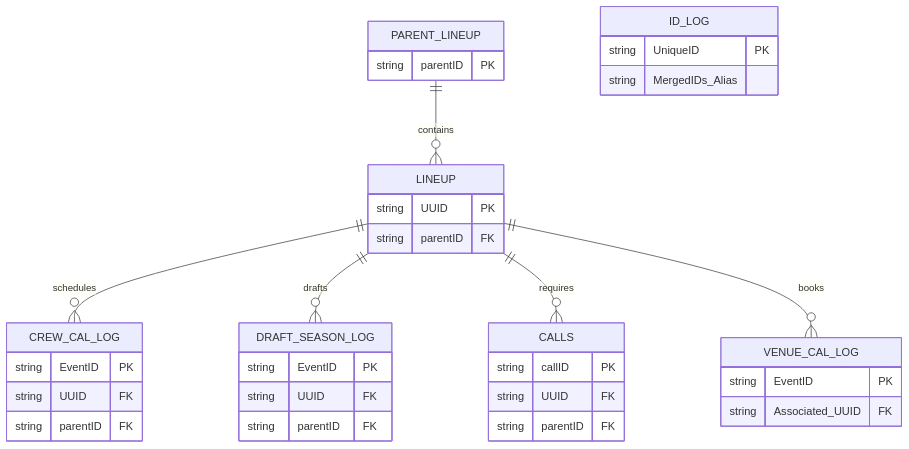
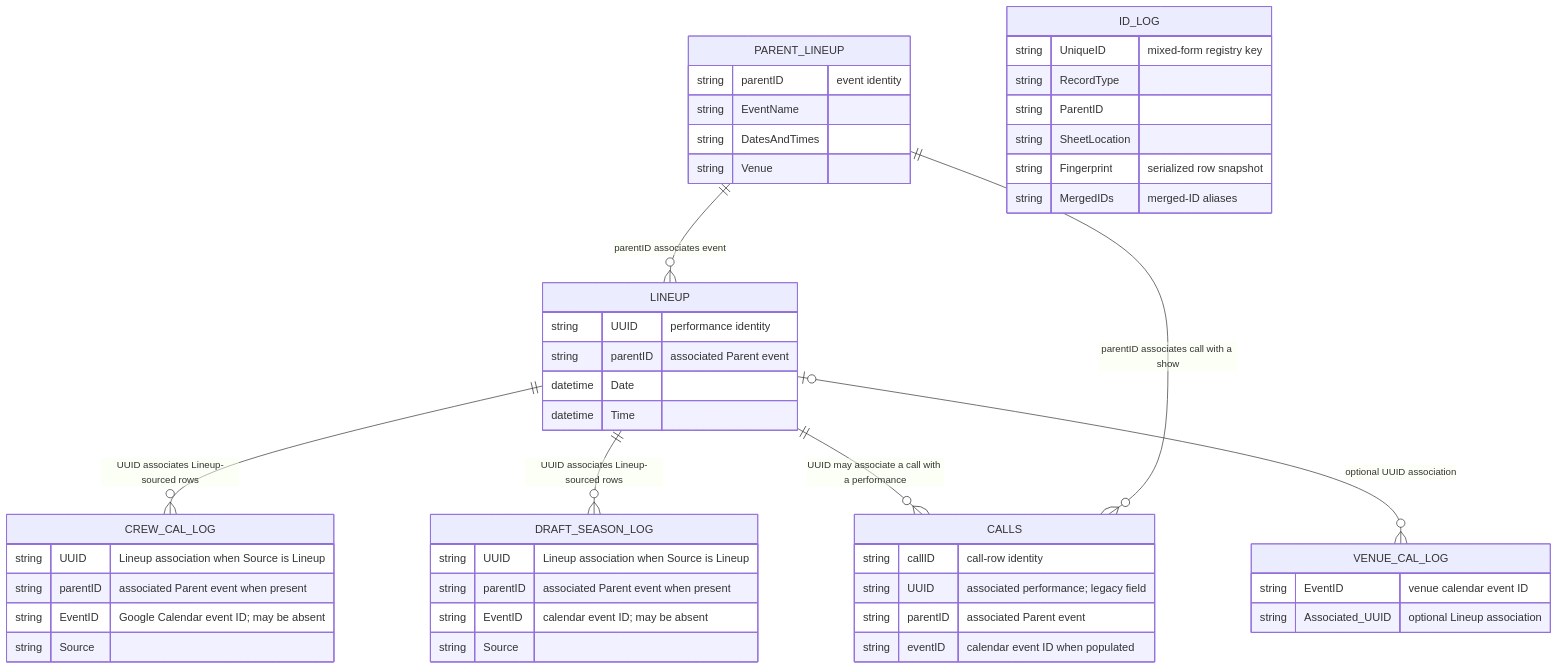
The second of 3 diagrams in agent-notes/mermaid-diagrams-10-5-26.md (morrisontheatrical/scheduler3), drawn with Mermaid before and after one commit. The commit also changed other lines of this file, not shown here.

````diff
--- a/agent-notes/mermaid-diagrams-10-5-26.md
+++ b/agent-notes/mermaid-diagrams-10-5-26.md
@@ -45,39 +64,52 @@
 ```mermaid
 erDiagram
-    PARENT_LINEUP ||--o{ LINEUP : "contains"
-    LINEUP ||--o{ CREW_CAL_LOG : "schedules"
-    LINEUP ||--o{ DRAFT_SEASON_LOG : "drafts"
-    LINEUP ||--o{ CALLS : "requires"
-    LINEUP ||--o{ VENUE_CAL_LOG : "books"
+    PARENT_LINEUP ||--o{ LINEUP : "parentID associates event"
+    LINEUP ||--o{ CREW_CAL_LOG : "UUID associates Lineup-sourced rows"
+    LINEUP ||--o{ DRAFT_SEASON_LOG : "UUID associates Lineup-sourced rows"
+    LINEUP ||--o{ CALLS : "UUID may associate a call with a performance"
+    PARENT_LINEUP ||--o{ CALLS : "parentID associates call with a show"
+    LINEUP o|--o{ VENUE_CAL_LOG : "optional UUID association"
 
     PARENT_LINEUP {
-        string parentID PK
+        string parentID "event identity"
+        string EventName
+        string DatesAndTimes
+        string Venue
     }
     LINEUP {
-        string UUID PK
-        string parentID FK
+        string UUID "performance identity"
+        string parentID "associated Parent event"
+        datetime Date
+        datetime Time
     }
     CREW_CAL_LOG {
-        string EventID PK
-        string UUID FK
-        string parentID FK
+        string UUID "Lineup association when Source is Lineup"
+        string parentID "associated Parent event when present"
+        string EventID "Google Calendar event ID; may be absent"
+        string Source
     }
     DRAFT_SEASON_LOG {
-        string EventID PK
-        string UUID FK
-        string parentID FK
+        string UUID "Lineup association when Source is Lineup"
+        string parentID "associated Parent event when present"
+        string EventID "calendar event ID; may be absent"
+        string Source
     }
     VENUE_CAL_LOG {
-        string EventID PK
-        string Associated_UUID FK
+        string EventID "venue calendar event ID"
+        string Associated_UUID "optional Lineup association"
     }
     CALLS {
-        string callID PK
-        string UUID FK
-        string parentID FK
+        string callID "call-row identity"
+        string UUID "associated performance; legacy field"
+        string parentID "associated Parent event"
+        string eventID "calendar event ID when populated"
     }
     ID_LOG {
-        string UniqueID PK
-        string MergedIDs_Alias
+        string UniqueID "mixed-form registry key"
+        string RecordType
+        string ParentID
+        string SheetLocation
+        string Fingerprint "serialized row snapshot"
+        string MergedIDs "merged-ID aliases"
     }
 ```
````
